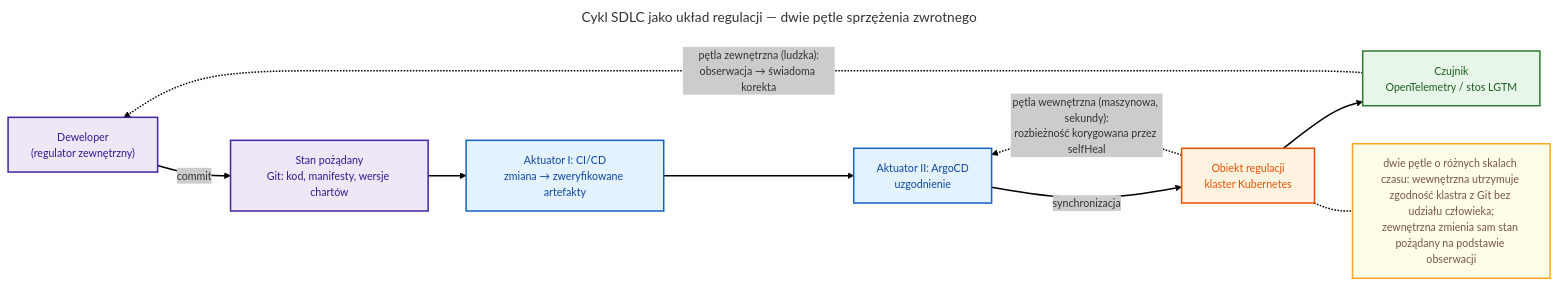
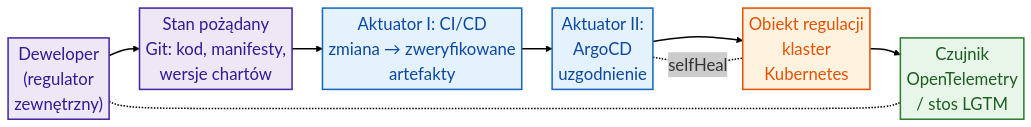
The diagram in docs/diagrams/10-podsumowanie/podsumowanie-03-control-loop.mmd (mwas-inz/bsc-devops), drawn with Mermaid before and after one commit. The commit also changed 51 other files, not shown here.

First line of the commit message:
docs(diagrams): rework Mermaid diagrams for print legibility

```diff
--- a/docs/diagrams/10-podsumowanie/podsumowanie-03-control-loop.mmd
+++ b/docs/diagrams/10-podsumowanie/podsumowanie-03-control-loop.mmd
@@ -1,34 +1,34 @@
 ---
-title: Cykl SDLC jako układ regulacji — dwie pętle sprzężenia zwrotnego
 config:
   theme: neo
+  themeVariables:
+    fontSize: 22px
+  flowchart:
+    nodeSpacing: 30
+    rankSpacing: 40
+    padding: 4
+    diagramPadding: 8
+    wrappingWidth: 600
 ---
+%% Cykl SDLC jako układ regulacji — dwie pętle sprzężenia zwrotnego
 flowchart LR
-    dev["Deweloper<br/>(regulator zewnętrzny)"]
-    setpoint["Stan pożądany<br/>Git: kod, manifesty, wersje chartów"]
-    ci["Aktuator I: CI/CD<br/>zmiana → zweryfikowane artefakty"]
-    argo["Aktuator II: ArgoCD<br/>uzgodnienie"]
-    plant["Obiekt regulacji<br/>klaster Kubernetes"]
-    sensor["Czujnik<br/>OpenTelemetry / stos LGTM"]
+    dev["Deweloper<br/>(regulator<br/>zewnętrzny)"]
+    setpoint["Stan pożądany<br/>Git: kod, manifesty,<br/>wersje chartów"]
+    ci["Aktuator I: CI/CD<br/>zmiana → zweryfikowane<br/>artefakty"]
+    argo["Aktuator II:<br/>ArgoCD<br/>uzgodnienie"]
+    plant["Obiekt regulacji<br/>klaster<br/>Kubernetes"]
+    sensor["Czujnik<br/>OpenTelemetry<br/>/ stos LGTM"]
 
-    dev -->|commit| setpoint
-    setpoint --> ci --> argo -->|synchronizacja| plant
-    plant --> sensor
-    plant -.->|"pętla wewnętrzna (maszynowa, sekundy):<br/>rozbieżność korygowana przez selfHeal"| argo
-    sensor -.->|"pętla zewnętrzna (ludzka):<br/>obserwacja → świadoma korekta"| dev
-
-    note["dwie pętle o różnych skalach czasu: wewnętrzna utrzymuje zgodność klastra z Git bez udziału człowieka;<br/>zewnętrzna zmienia sam stan pożądany na podstawie obserwacji"]
-    plant -.- note
+    dev --> setpoint
+    setpoint --> ci --> argo --> plant --> sensor
+    argo <-.-|selfHeal| plant
+    dev <-.- sensor
 
     classDef person fill:#ede7f6,stroke:#4527a0,color:#311b92;
-    classDef set fill:#ede7f6,stroke:#4527a0,color:#311b92;
     classDef act fill:#e3f2fd,stroke:#1565c0,color:#0d47a1;
     classDef plantc fill:#fff3e0,stroke:#e65100,color:#e65100;
     classDef sensorc fill:#e8f5e9,stroke:#2e7d32,color:#1b5e20;
-    classDef notec fill:#fffde7,stroke:#f9a825,color:#795548;
-    class dev person;
-    class setpoint set;
+    class dev,setpoint person;
     class ci,argo act;
     class plant plantc;
     class sensor sensorc;
-    class note notec;
```
